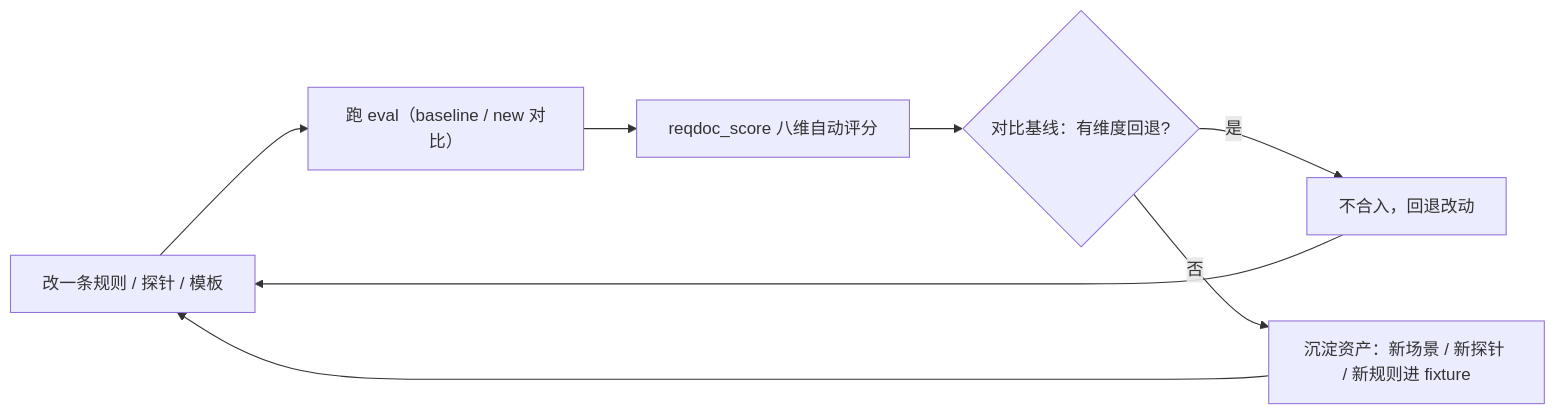
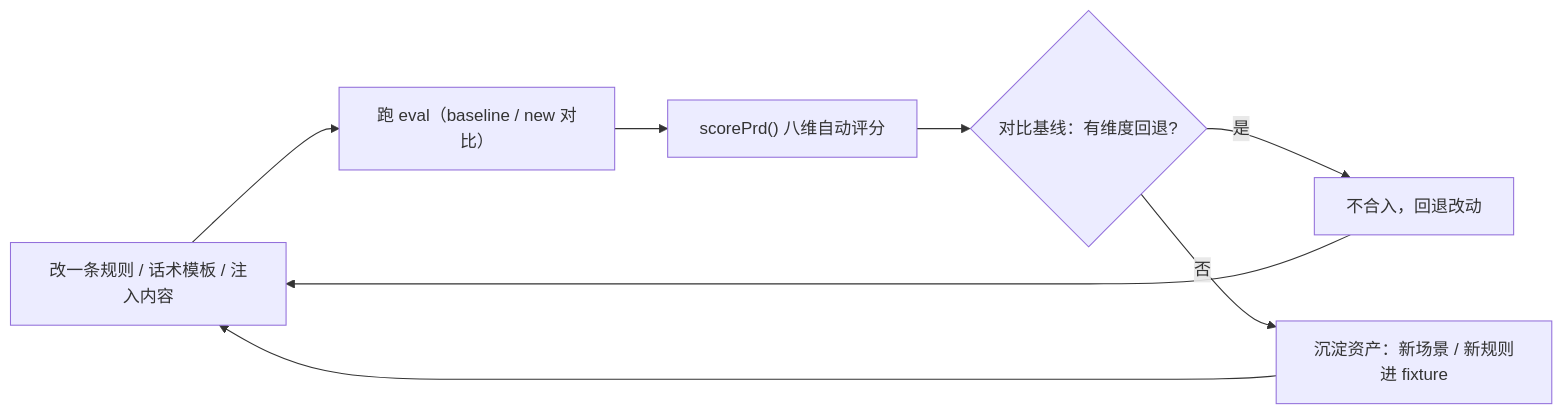
The fourth of 4 diagrams in opencode-session-mgmt/docs/workflow-reqdoc.md (wonglaitung/opencode), drawn with Mermaid before and after one commit. The commit also changed other lines of this file and 6 other files, not shown here.

Commit message:
docs(reqdoc): P2 权威文档改写 + eval 镜像对齐 + 评审记录

````diff
--- a/opencode-session-mgmt/docs/workflow-reqdoc.md
+++ b/opencode-session-mgmt/docs/workflow-reqdoc.md
@@ -418,10 +447,10 @@
 ```mermaid
 flowchart LR
-    R["改一条规则 / 探针 / 模板"] --> E["跑 eval（baseline / new 对比）"]
-    E --> S["reqdoc_score 八维自动评分"]
+    R["改一条规则 / 话术模板 / 注入内容"] --> E["跑 eval（baseline / new 对比）"]
+    E --> S["scorePrd() 八维自动评分"]
     S --> C{"对比基线：有维度回退?"}
     C -->|"是"| X["不合入，回退改动"]
-    C -->|"否"| A["沉淀资产：新场景 / 新探针 / 新规则进 fixture"]
+    C -->|"否"| A["沉淀资产：新场景 / 新规则进 fixture"]
     A --> R
     X --> R
 ```
````
